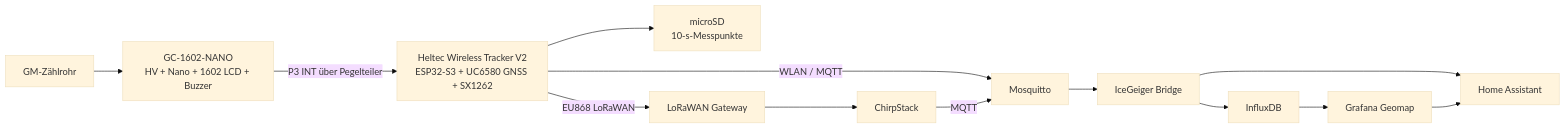
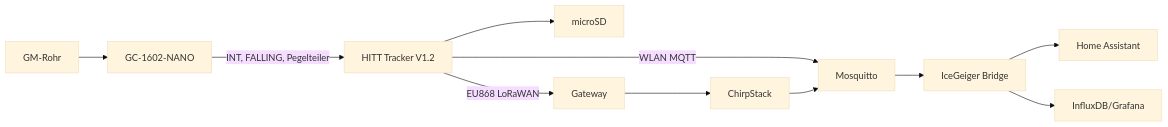
One commit to icepaule/IceGeigerCounter changed the diagram in README.md. Above: the diagram before and after it, drawn with Mermaid (base theme). The commit also changed other lines of this file, not shown here.

Commit message:
Make HITT Tracker Field Case the current IceGeiger V2

````diff
--- a/README.md
+++ b/README.md
@@ -24,15 +25,13 @@
 ```mermaid
 flowchart LR
-    GM[GM-Zählrohr] --> GC[GC-1602-NANO<br/>HV + Nano + 1602 LCD + Buzzer]
-    GC -->|P3 INT über Pegelteiler| ESP[Heltec Wireless Tracker V2<br/>ESP32-S3 + UC6580 GNSS + SX1262]
-    ESP --> SD[microSD<br/>10-s-Messpunkte]
-    ESP -->|WLAN / MQTT| MQTT[Mosquitto]
-    ESP -->|EU868 LoRaWAN| GW[LoRaWAN Gateway]
-    GW --> CS[ChirpStack]
-    CS -->|MQTT| MQTT
-    MQTT --> BR[IceGeiger Bridge]
-    BR --> HA[Home Assistant]
-    BR --> INF[InfluxDB]
-    INF --> GRAF[Grafana Geomap]
-    GRAF --> HA
+  GM[GM-Rohr] --> GC[GC-1602-NANO]
+  GC -->|INT, FALLING, Pegelteiler| T[HITT Tracker V1.2]
+  T --> SD[microSD]
+  T -->|WLAN MQTT| MQ[Mosquitto]
+  T -->|EU868 LoRaWAN| GW[Gateway]
+  GW --> CS[ChirpStack]
+  CS --> MQ
+  MQ --> BR[IceGeiger Bridge]
+  BR --> HA[Home Assistant]
+  BR --> DB[InfluxDB/Grafana]
 ```
````
